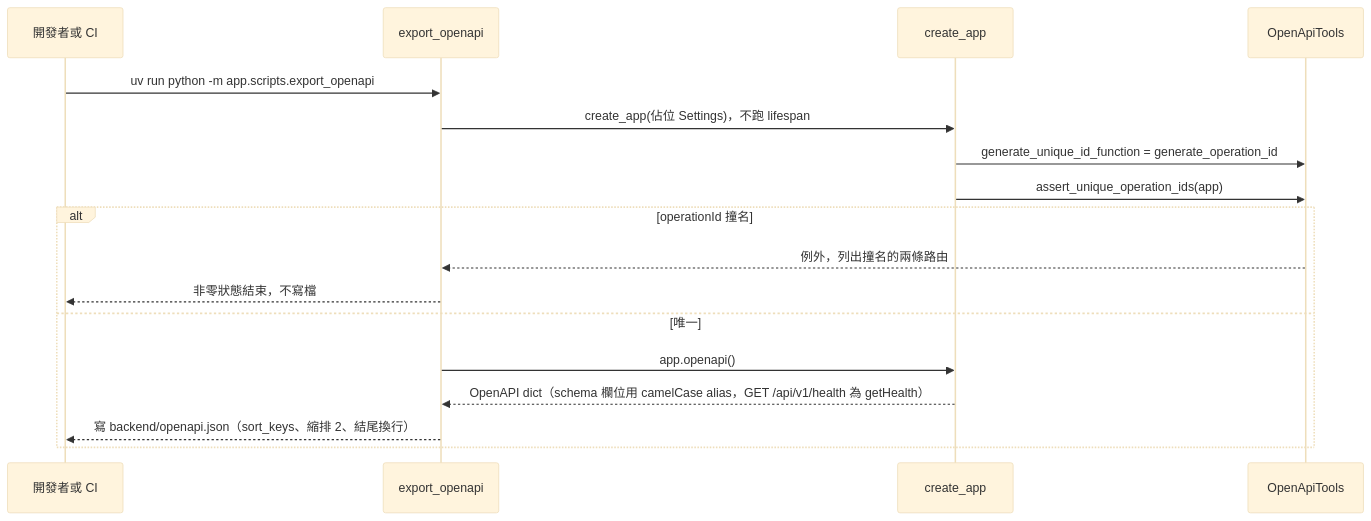
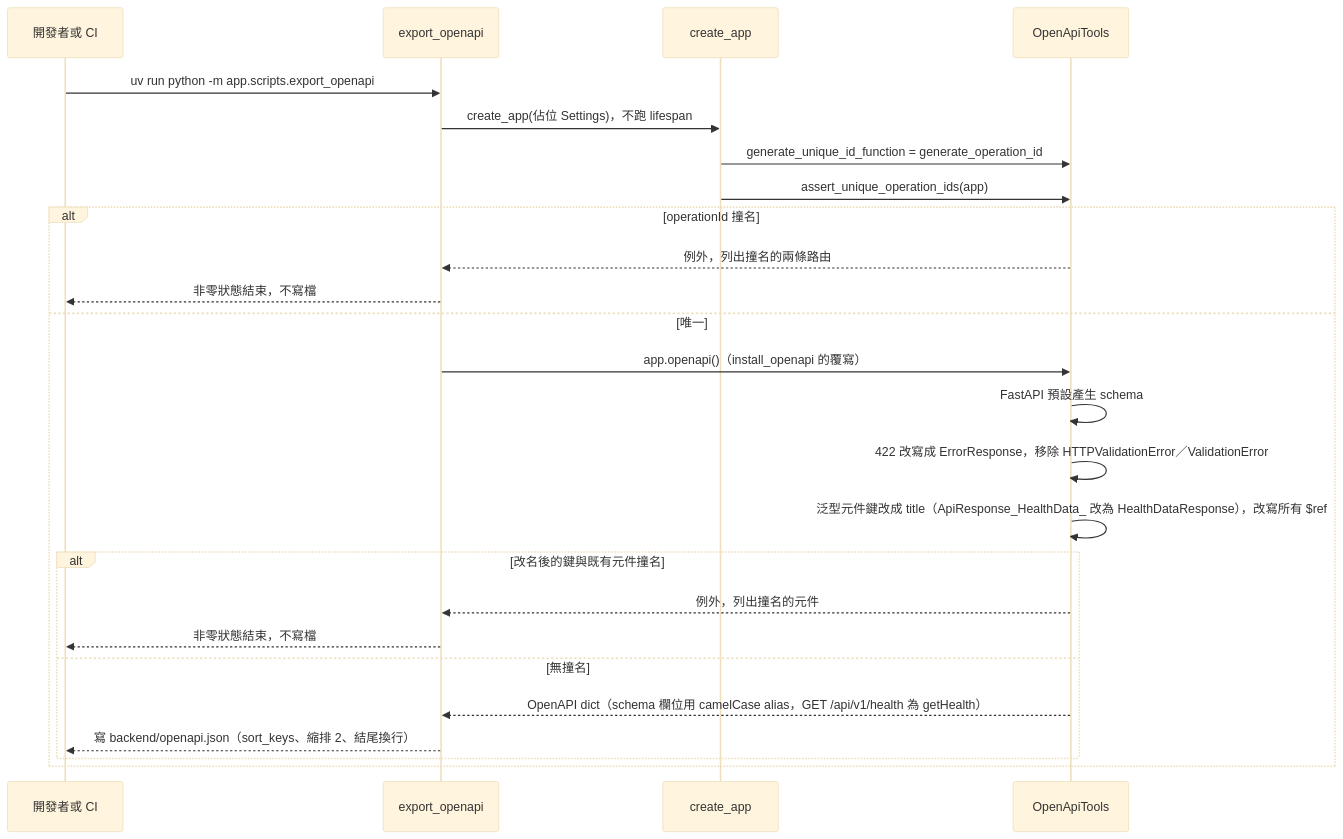
The ninth of 10 diagrams in openspec/changes/backend-skeleton/system-design.md (label-suite/label-suite), drawn with Mermaid (base theme) before and after one commit. The commit also changed other lines of this file and 3 other files, not shown here.

First line of the commit message:
docs: rename generic OpenAPI components in the override (#504)

````diff
--- a/openspec/changes/backend-skeleton/system-design.md
+++ b/openspec/changes/backend-skeleton/system-design.md
@@ -573,19 +582,27 @@
 ```mermaid
 sequenceDiagram
   participant Dev as 開發者或 CI
   participant Script as export_openapi
   participant Factory as create_app
   participant OA as OpenApiTools
   Dev->>Script: uv run python -m app.scripts.export_openapi
   Script->>Factory: create_app(佔位 Settings)，不跑 lifespan
   Factory->>OA: generate_unique_id_function = generate_operation_id
   Factory->>OA: assert_unique_operation_ids(app)
   alt operationId 撞名
     OA-->>Script: 例外，列出撞名的兩條路由
     Script-->>Dev: 非零狀態結束，不寫檔
   else 唯一
-    Script->>Factory: app.openapi()
-    Factory-->>Script: OpenAPI dict（schema 欄位用 camelCase alias，GET /api/v1/health 為 getHealth）
-    Script-->>Dev: 寫 backend/openapi.json（sort_keys、縮排 2、結尾換行）
+    Script->>OA: app.openapi()（install_openapi 的覆寫）
+    OA->>OA: FastAPI 預設產生 schema
+    OA->>OA: 422 改寫成 ErrorResponse，移除 HTTPValidationError／ValidationError
+    OA->>OA: 泛型元件鍵改成 title（ApiResponse_HealthData_ 改為 HealthDataResponse），改寫所有 $ref
+    alt 改名後的鍵與既有元件撞名
+      OA-->>Script: 例外，列出撞名的元件
+      Script-->>Dev: 非零狀態結束，不寫檔
+    else 無撞名
+      OA-->>Script: OpenAPI dict（schema 欄位用 camelCase alias，GET /api/v1/health 為 getHealth）
+      Script-->>Dev: 寫 backend/openapi.json（sort_keys、縮排 2、結尾換行）
+    end
   end
 ```
````
